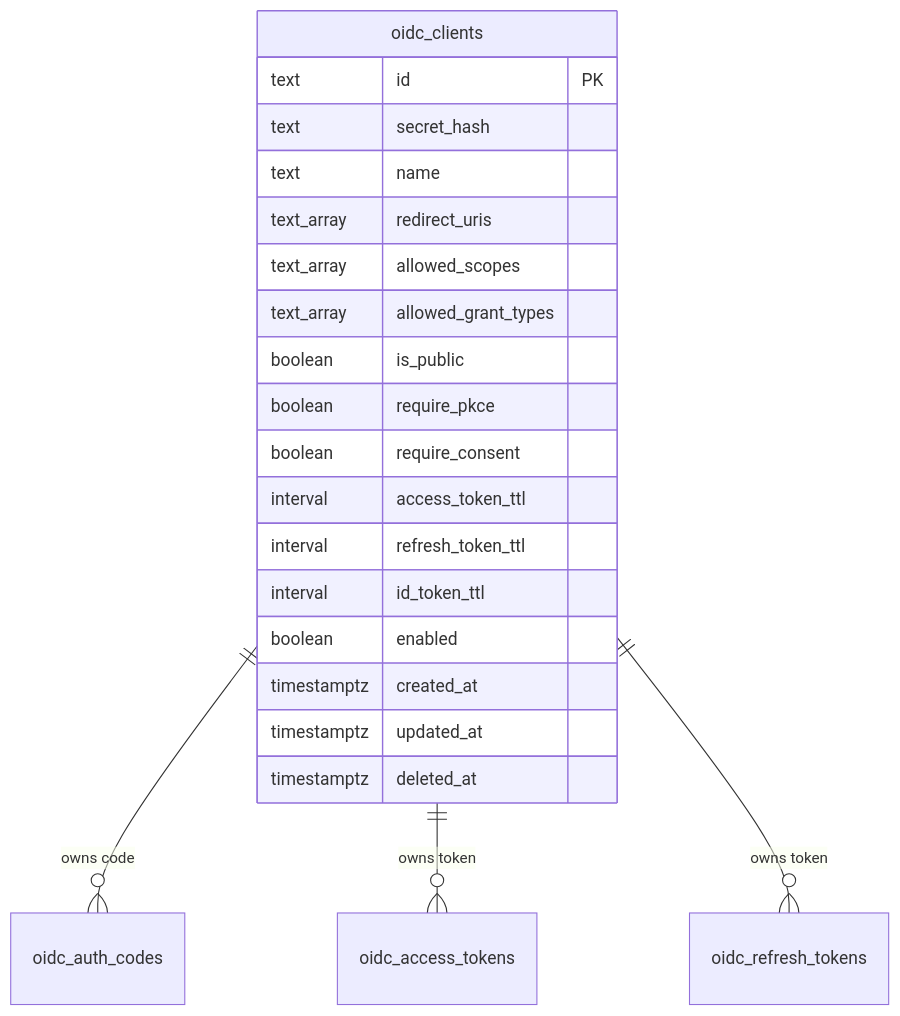
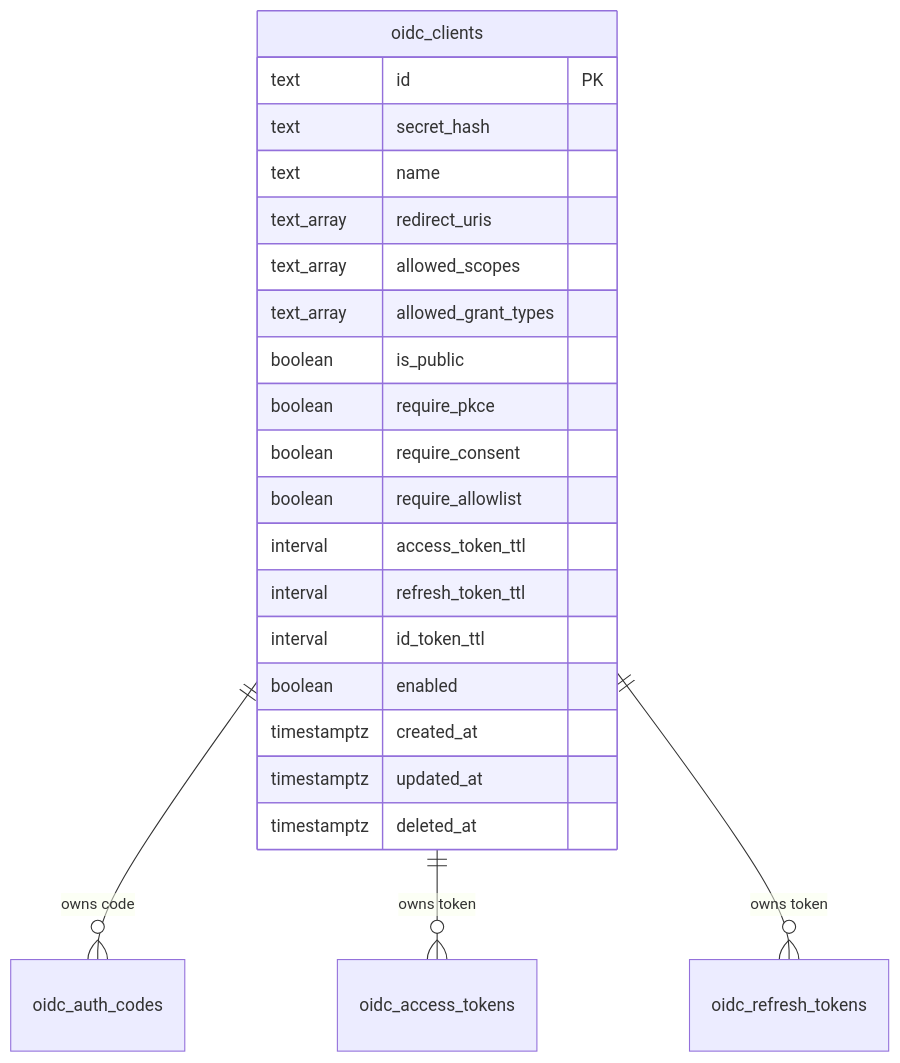
One commit to lusopoint/luso-iam changed the tenth of 17 diagrams in internal/store/README.md. Above: the diagram before and after it, drawn with Mermaid. The commit also changed other lines of this file and 2 other files, not shown here.

````diff
--- a/internal/store/README.md
+++ b/internal/store/README.md
@@ -259,24 +261,25 @@
 ```mermaid
 erDiagram
     oidc_clients ||--o{ oidc_auth_codes : "owns code"
     oidc_clients ||--o{ oidc_access_tokens : "owns token"
     oidc_clients ||--o{ oidc_refresh_tokens : "owns token"
     oidc_clients {
         text id PK
         text secret_hash
         text name
         text_array redirect_uris
         text_array allowed_scopes
         text_array allowed_grant_types
         boolean is_public
         boolean require_pkce
         boolean require_consent
+        boolean require_allowlist
         interval access_token_ttl
         interval refresh_token_ttl
         interval id_token_ttl
         boolean enabled
         timestamptz created_at
         timestamptz updated_at
         timestamptz deleted_at
     }
 ```
````
